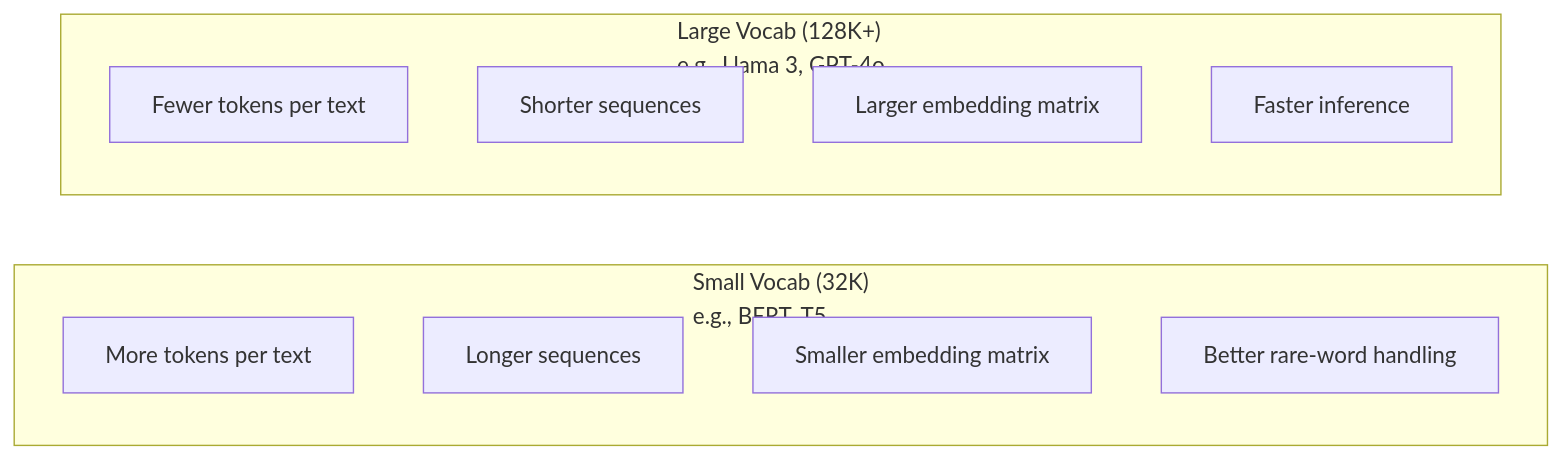
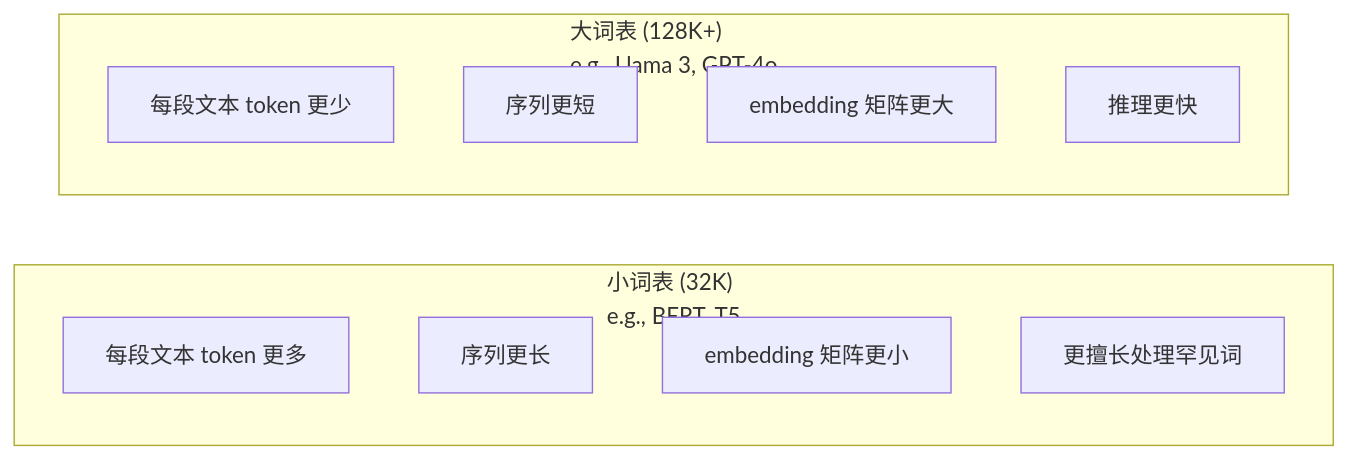
Before and after one commit to JerryC8080/ai-engineering-from-scratch-zh: the third of 3 diagrams in phases/10-llms-from-scratch/01-tokenizers/docs/zh.md, drawn with Mermaid. The commit also changed other lines of this file and 156 other files, not shown here.

First line of the commit message:
i18n(zh): translate mermaid diagram labels in 157 lesson zh.md

````diff
--- a/phases/10-llms-from-scratch/01-tokenizers/docs/zh.md
+++ b/phases/10-llms-from-scratch/01-tokenizers/docs/zh.md
@@ -166,15 +166,15 @@
 ```mermaid
 graph LR
-    subgraph Small["Small Vocab (32K)\ne.g., BERT, T5"]
-        S1["More tokens per text"]
-        S2["Longer sequences"]
-        S3["Smaller embedding matrix"]
-        S4["Better rare-word handling"]
+    subgraph Small["小词表 (32K)\ne.g., BERT, T5"]
+        S1["每段文本 token 更多"]
+        S2["序列更长"]
+        S3["embedding 矩阵更小"]
+        S4["更擅长处理罕见词"]
     end
-    subgraph Large["Large Vocab (128K+)\ne.g., Llama 3, GPT-4o"]
-        L1["Fewer tokens per text"]
-        L2["Shorter sequences"]
-        L3["Larger embedding matrix"]
-        L4["Faster inference"]
+    subgraph Large["大词表 (128K+)\ne.g., Llama 3, GPT-4o"]
+        L1["每段文本 token 更少"]
+        L2["序列更短"]
+        L3["embedding 矩阵更大"]
+        L4["推理更快"]
     end
 ```
````
